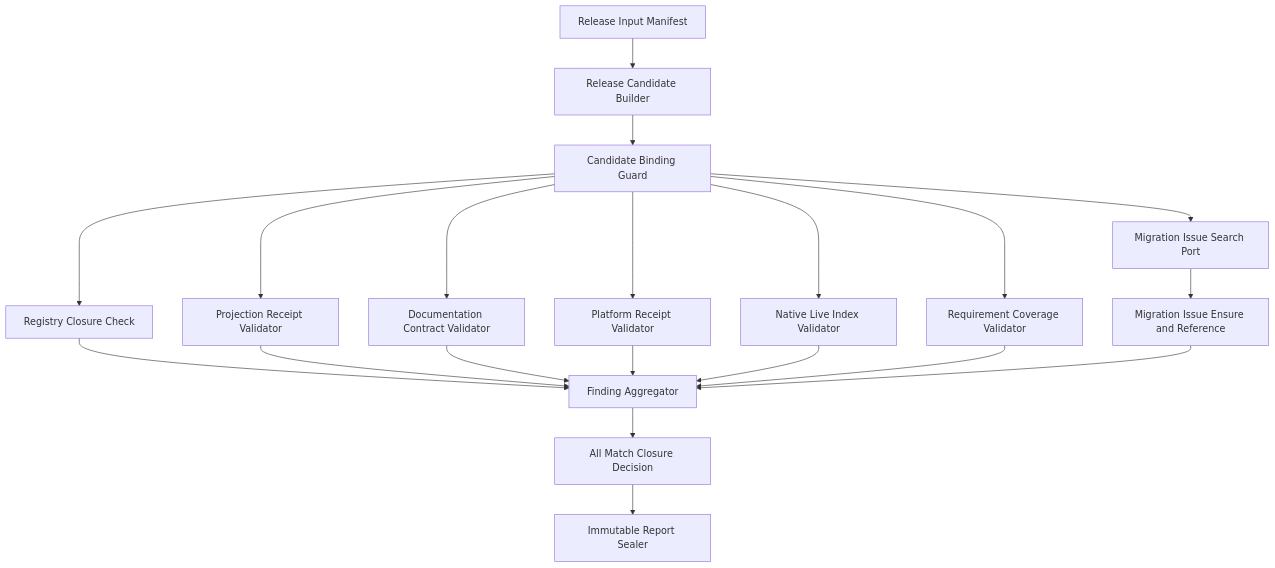
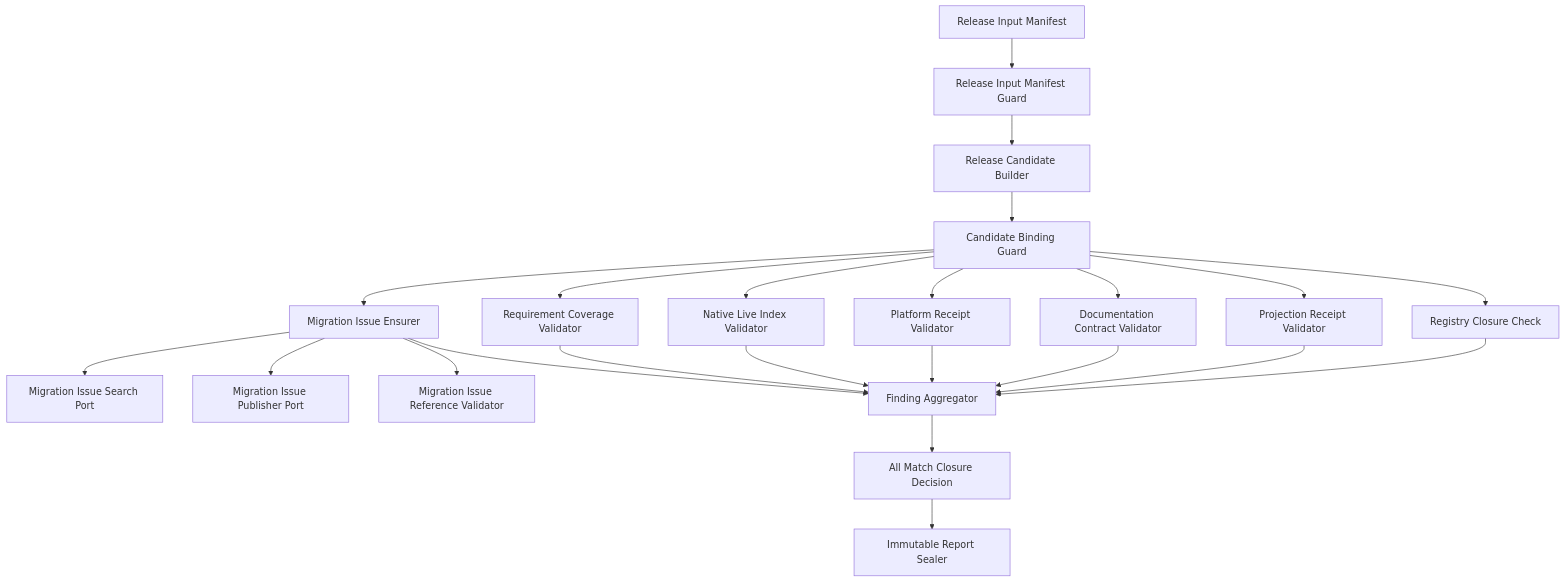
The diagram in amadeus/spaces/default/intents/260713-swarm-driver-migration/construction/release-migration-closure/nfr-design/logical-components.md (amadeus-dlc/amadeus), drawn with Mermaid before and after one commit. The commit also changed other lines of this file and 64 other files, not shown here.

````diff
--- a/amadeus/spaces/default/intents/260713-swarm-driver-migration/construction/release-migration-closure/nfr-design/logical-components.md
+++ b/amadeus/spaces/default/intents/260713-swarm-driver-migration/construction/release-migration-closure/nfr-design/logical-components.md
@@ -29,22 +30,25 @@
 ```mermaid
 flowchart TD
-  M["Release Input Manifest"] --> C["Release Candidate Builder"]
+  M["Release Input Manifest"] --> MG["Release Input Manifest Guard"]
+  MG --> C["Release Candidate Builder"]
   C --> B["Candidate Binding Guard"]
   B --> R["Registry Closure Check"]
   B --> P["Projection Receipt Validator"]
   B --> D["Documentation Contract Validator"]
   B --> T["Platform Receipt Validator"]
   B --> L["Native Live Index Validator"]
   B --> V["Requirement Coverage Validator"]
-  B --> IS["Migration Issue Search Port"]
-  IS --> IE["Migration Issue Ensure and Reference"]
+  B --> IE["Migration Issue Ensurer"]
+  IE --> IS["Migration Issue Search Port"]
+  IE --> IP["Migration Issue Publisher Port"]
+  IE --> IV["Migration Issue Reference Validator"]
   R --> F["Finding Aggregator"]
   P --> F
   D --> F
   T --> F
   L --> F
   V --> F
   IE --> F
   F --> CD["All Match Closure Decision"]
   CD --> S["Immutable Report Sealer"]
 ```
````
